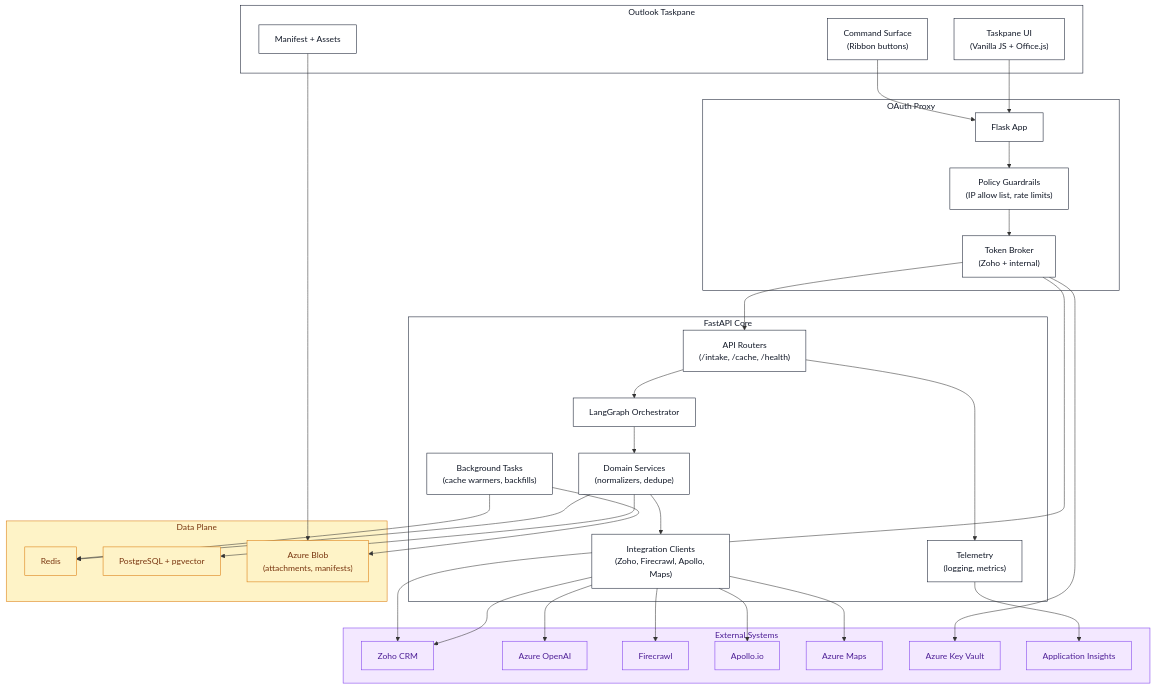
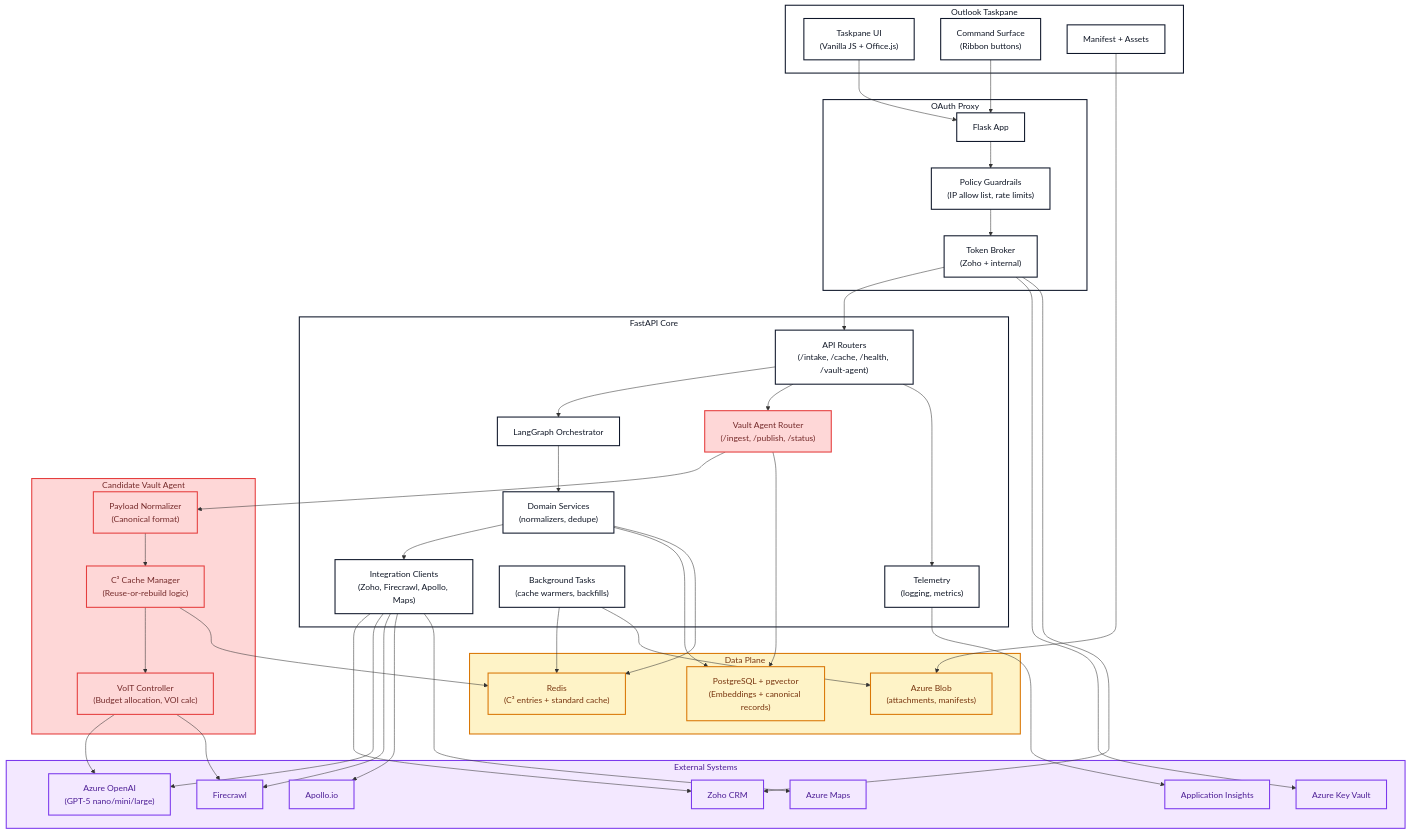
One commit to romiteld/ZohoDealCreation changed the fourth of 8 diagrams in README.md. Above: the diagram before and after it, drawn with Mermaid. The commit also changed other lines of this file, not shown here.

````diff
--- a/README.md
+++ b/README.md
@@ -183,8 +416,9 @@
 ```mermaid
 flowchart TB
-    classDef container fill:#FFFFFF,stroke:#0F172A,color:#111827,stroke-width:1px;
-    classDef ext fill:#F3E8FF,stroke:#7C3AED,color:#4C1D95,stroke-width:1px;
-    classDef data fill:#FEF3C7,stroke:#D97706,color:#78350F,stroke-width:1px;
+    classDef container fill:#FFFFFF,stroke:#0F172A,color:#111827,stroke-width:2px;
+    classDef ext fill:#F3E8FF,stroke:#7C3AED,color:#4C1D95,stroke-width:2px;
+    classDef data fill:#FEF3C7,stroke:#D97706,color:#78350F,stroke-width:2px;
+    classDef intelligent fill:#FED7D7,stroke:#E53E3E,color:#742A2A,stroke-width:2px;
 
     subgraph AddIn["Outlook Taskpane"]
         UI["Taskpane UI\n(Vanilla JS + Office.js)"]
@@ -201,25 +435,34 @@
     class Proxy,FlaskApp,TokenSvc,Policy container;
 
     subgraph FastAPI["FastAPI Core"]
-        Router["API Routers\n(/intake, /cache, /health)"]
+        Router["API Routers\n(/intake, /cache, /health, /vault-agent)"]
         LangGraph["LangGraph Orchestrator"]
+        VaultRouter["Vault Agent Router\n(/ingest, /publish, /status)"]
         Services["Domain Services\n(normalizers, dedupe)"]
         Integrations["Integration Clients\n(Zoho, Firecrawl, Apollo, Maps)"]
         Background["Background Tasks\n(cache warmers, backfills)"]
         Telemetry["Telemetry\n(logging, metrics)"]
     end
     class FastAPI,Router,LangGraph,Services,Integrations,Background,Telemetry container;
+    class VaultRouter intelligent;
+
+    subgraph VaultAgent["Candidate Vault Agent"]
+        VoITCtrl["VoIT Controller\n(Budget allocation, VOI calc)"]
+        C3Cache["C³ Cache Manager\n(Reuse-or-rebuild logic)"]
+        Normalizer["Payload Normalizer\n(Canonical format)"]
+    end
+    class VaultAgent,VoITCtrl,C3Cache,Normalizer intelligent;
 
     subgraph DataPlane["Data Plane"]
-        RedisNode["Redis"]
-        Postgres["PostgreSQL + pgvector"]
+        RedisNode["Redis\n(C³ entries + standard cache)"]
+        Postgres["PostgreSQL + pgvector\n(Embeddings + canonical records)"]
         BlobStore["Azure Blob\n(attachments, manifests)"]
     end
     class DataPlane,RedisNode,Postgres,BlobStore data;
 
     subgraph External["External Systems"]
         ZohoAPI["Zoho CRM"]
-        OpenAIAPI["Azure OpenAI"]
+        OpenAIAPI["Azure OpenAI\n(GPT-5 nano/mini/large)"]
         FirecrawlAPI["Firecrawl"]
         ApolloAPI["Apollo.io"]
         MapsAPI["Azure Maps"]
@@ -235,6 +478,14 @@
     Policy --> TokenSvc
     TokenSvc --> Router
     Router --> LangGraph
+    Router --> VaultRouter
+    VaultRouter --> Normalizer
+    Normalizer --> C3Cache
+    C3Cache --> VoITCtrl
+    VoITCtrl --> OpenAIAPI
+    VoITCtrl --> FirecrawlAPI
+    C3Cache --> RedisNode
+    VaultRouter --> Postgres
     LangGraph --> Services
     Services --> Integrations
     Services --> Postgres
````
